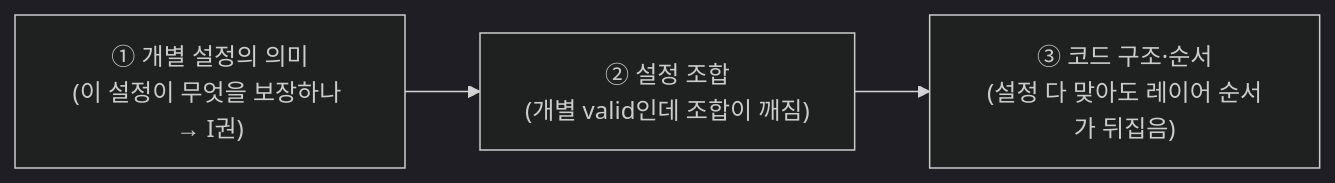
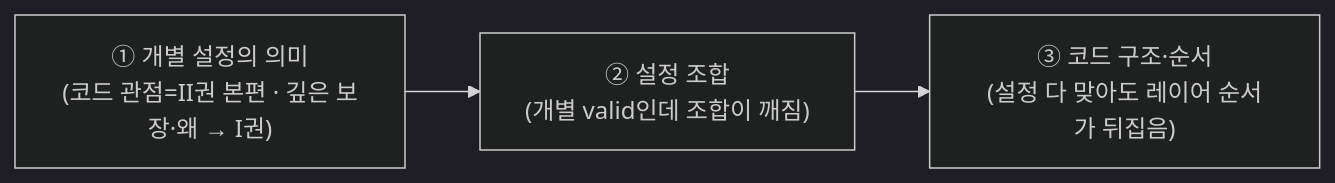
Before and after one commit to ghtjr410/kafka-lab: the first of 2 diagrams in docs/book/2-spring/README.md, drawn with Mermaid (dark theme). The commit also changed other lines of this file, not shown here.

First line of the commit message:
docs(II권): 외부 리뷰 5차 반영 — 사실 정밀화 + 자기규칙 예외 명시

````diff
--- a/docs/book/2-spring/README.md
+++ b/docs/book/2-spring/README.md
@@ -41,5 +41,5 @@
 ```mermaid
 graph LR
-    L1["① 개별 설정의 의미<br/>(이 설정이 무엇을 보장하나 → I권)"] --> L2["② 설정 조합<br/>(개별 valid인데 조합이 깨짐)"]
+    L1["① 개별 설정의 의미<br/>(코드 관점=II권 본편 · 깊은 보장·왜 → I권)"] --> L2["② 설정 조합<br/>(개별 valid인데 조합이 깨짐)"]
     L2 --> L3["③ 코드 구조·순서<br/>(설정 다 맞아도 레이어 순서가 뒤집음)"]
 ```
````
